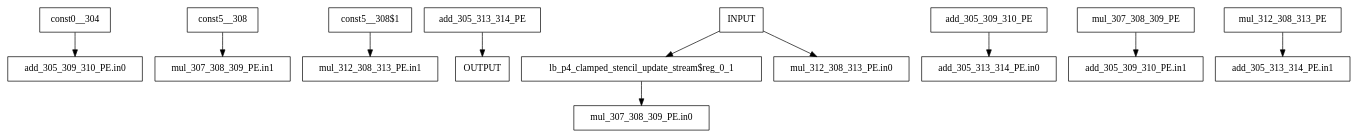
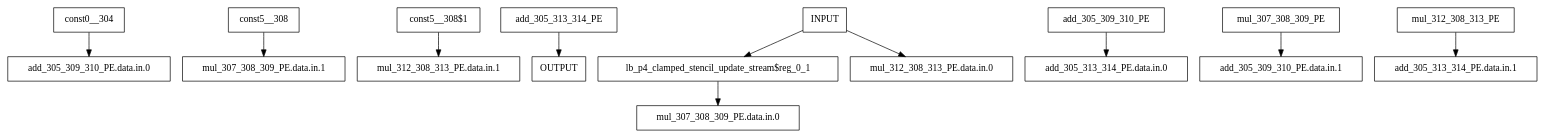
Before and after one commit to akashlevy/CGRAGenerator: the diagram in bitstream/bsbuilder/testdir/examples/conv_1_2_mapped.dot, drawn with Graphviz. The commit also changed 5 other files, not shown here.

```diff
--- a/bitstream/bsbuilder/testdir/examples/conv_1_2_mapped.dot
+++ b/bitstream/bsbuilder/testdir/examples/conv_1_2_mapped.dot
@@ -1,13 +1,13 @@
 digraph Diagram {
   node [shape=box]; # Comment
-    "const0__304" -> "add_305_309_310_PE.in0";
-    "const5__308" -> "mul_307_308_309_PE.in1";
-    "const5__308$1" -> "mul_312_308_313_PE.in1";
+    "const0__304" -> "add_305_309_310_PE.data.in.0";
+    "const5__308" -> "mul_307_308_309_PE.data.in.1";
+    "const5__308$1" -> "mul_312_308_313_PE.data.in.1";
     "add_305_313_314_PE" -> "OUTPUT";
     "INPUT" -> "lb_p4_clamped_stencil_update_stream$reg_0_1";
-    "INPUT" -> "mul_312_308_313_PE.in0";
-    "lb_p4_clamped_stencil_update_stream$reg_0_1" -> "mul_307_308_309_PE.in0";
-    "add_305_309_310_PE" -> "add_305_313_314_PE.in0";
-    "mul_307_308_309_PE" -> "add_305_309_310_PE.in1";
-    "mul_312_308_313_PE" -> "add_305_313_314_PE.in1";
+    "INPUT" -> "mul_312_308_313_PE.data.in.0";
+    "lb_p4_clamped_stencil_update_stream$reg_0_1" -> "mul_307_308_309_PE.data.in.0";
+    "add_305_309_310_PE" -> "add_305_313_314_PE.data.in.0";
+    "mul_307_308_309_PE" -> "add_305_309_310_PE.data.in.1";
+    "mul_312_308_313_PE" -> "add_305_313_314_PE.data.in.1";
 }
```
